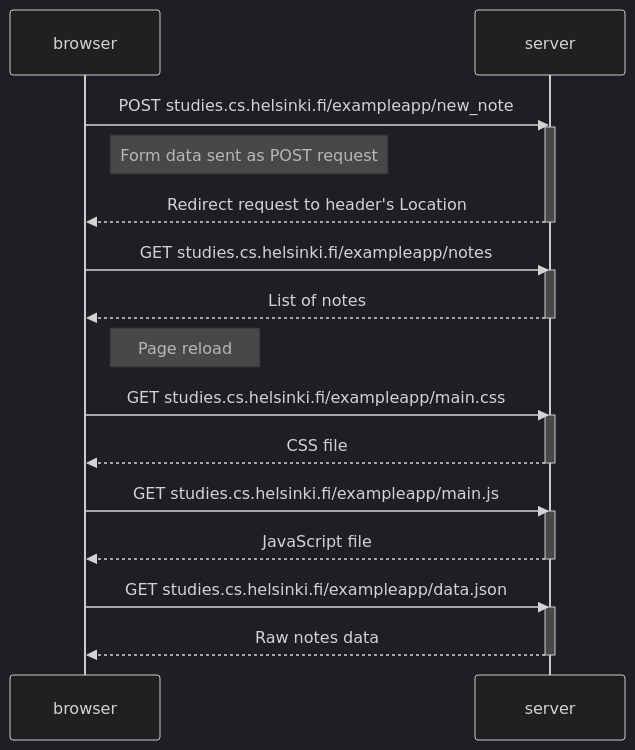
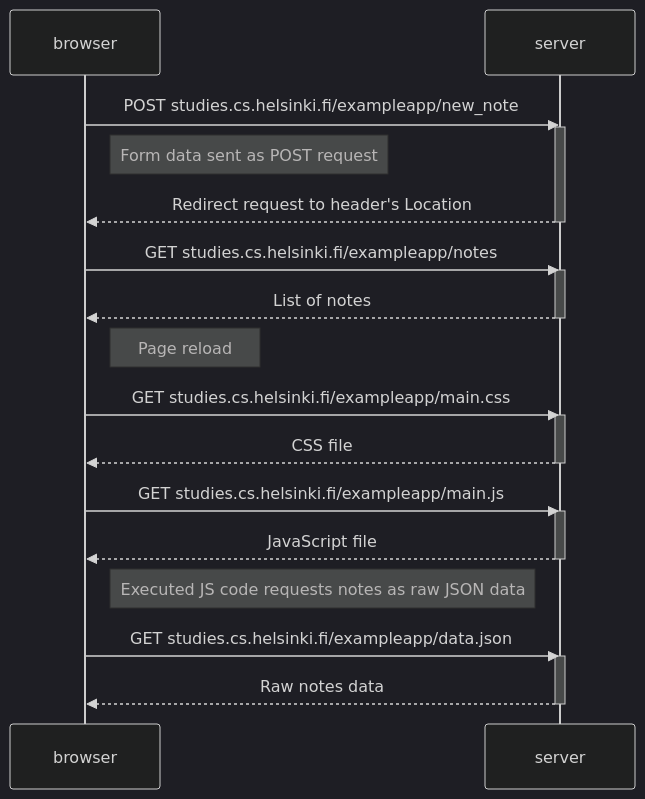
Before and after one commit to AnsHrnj/Fullstack-open: the diagram in osa0/uusi muistiinpano.md, drawn with Mermaid (dark theme).

Commit message:
Update uusi muistiinpano.md

````diff
--- a/osa0/uusi muistiinpano.md
+++ b/osa0/uusi muistiinpano.md
@@ -1,33 +1,35 @@
 ```mermaid
 sequenceDiagram
     participant browser
     participant server
     
     browser->>server: POST studies.cs.helsinki.fi/exampleapp/new_note
     activate server
     Note right of browser: Form data sent as POST request
     server-->>browser: Redirect request to header's Location
     deactivate server    
     
     browser->>server: GET studies.cs.helsinki.fi/exampleapp/notes
     activate server
     server-->>browser: List of notes
     deactivate server
 
     Note right of browser: Page reload
     
     browser->>server: GET studies.cs.helsinki.fi/exampleapp/main.css
     activate server
     server-->>browser: CSS file
     deactivate server
     
     browser->>server: GET studies.cs.helsinki.fi/exampleapp/main.js
     activate server
     server-->>browser: JavaScript file
     deactivate server
 
+    Note right of browser: Executed JS code requests notes as raw JSON data
+
     browser->>server: GET studies.cs.helsinki.fi/exampleapp/data.json
     activate server
     server-->>browser: Raw notes data
     deactivate server    
 ```
````
